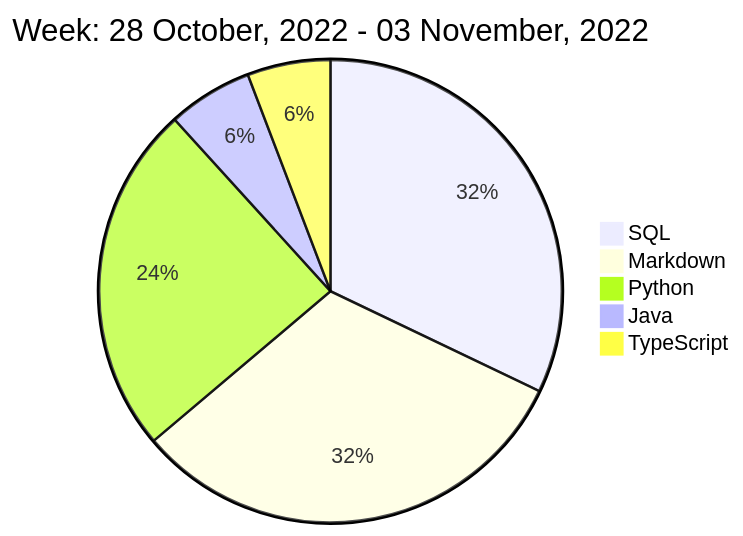
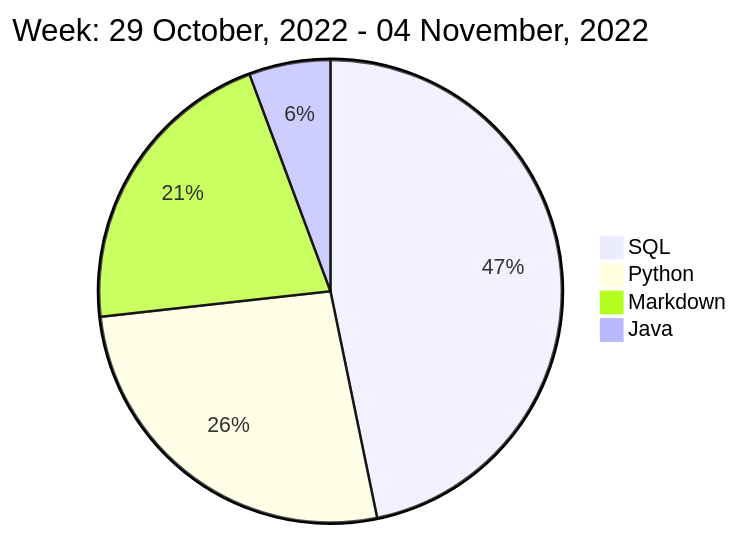
Before and after one commit to liubin95/liubin95: the diagram in README.md, drawn with Mermaid.

Commit message:
Updated the Graph with new Metrics

````diff
--- a/README.md
+++ b/README.md
@@ -40,9 +40,8 @@
 ```mermaid
  pie
-title Week: 28 October, 2022 - 03 November, 2022
- "SQL" : 2.6
- "Markdown" : 2.57
- "Python" : 1.98
- "Java" : 0.48
- "TypeScript" : 0.47
+title Week: 29 October, 2022 - 04 November, 2022
+ "SQL" : 4.77
+ "Python" : 2.7
+ "Markdown" : 2.15
+ "Java" : 0.58
 ```
````
